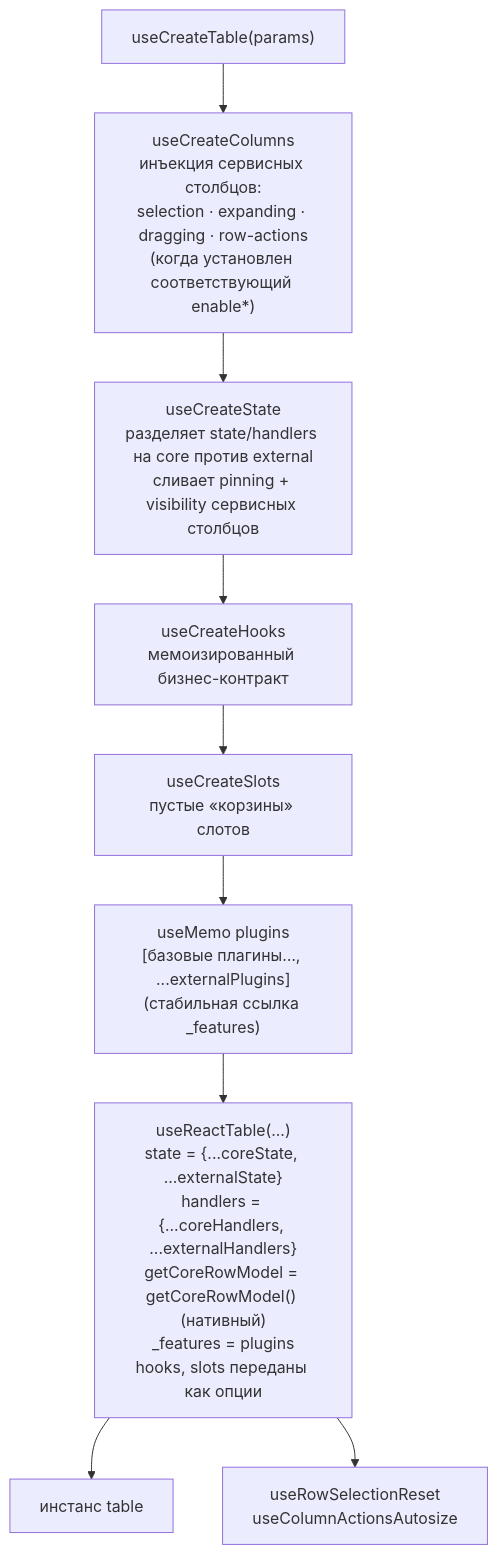
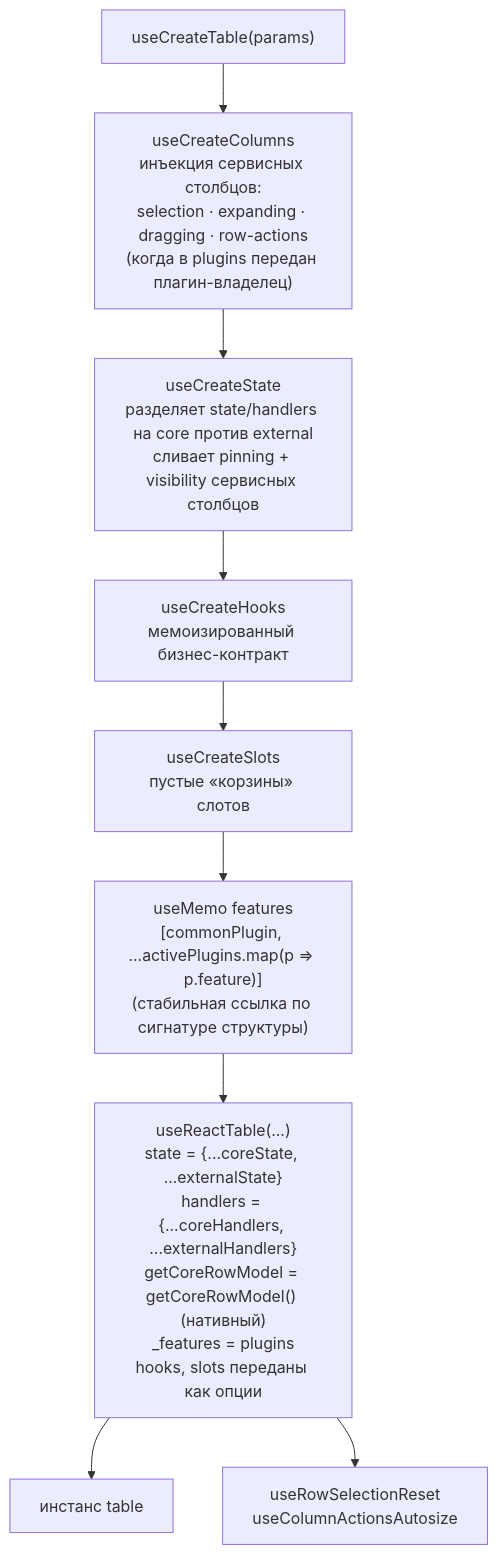
One commit to tessera-grid/tessera changed the first of 2 diagrams in docs/architecture/table-assembly.md. Above: the diagram before and after it, drawn with Mermaid. The commit also changed other lines of this file and 12 other files, not shown here.

````diff
--- a/docs/architecture/table-assembly.md
+++ b/docs/architecture/table-assembly.md
@@ -21,17 +29,17 @@
 ```mermaid
 flowchart TB
     IN["useCreateTable(params)"]
 
-    COLS["useCreateColumns<br/>инъекция сервисных столбцов:<br/>selection · expanding · dragging · row-actions<br/>(когда установлен соответствующий enable*)"]
+    COLS["useCreateColumns<br/>инъекция сервисных столбцов:<br/>selection · expanding · dragging · row-actions<br/>(когда в plugins передан плагин-владелец)"]
     ST["useCreateState<br/>разделяет state/handlers на core против external<br/>сливает pinning + visibility сервисных столбцов"]
     HK["useCreateHooks<br/>мемоизированный бизнес-контракт"]
     SL["useCreateSlots<br/>пустые «корзины» слотов"]
-    PLG["useMemo plugins<br/>[базовые плагины…, ...externalPlugins]<br/>(стабильная ссылка _features)"]
+    PLG["useMemo features<br/>[commonPlugin, ...activePlugins.map(p =&gt; p.feature)]<br/>(стабильная ссылка по сигнатуре структуры)"]
 
     RT["useReactTable(...)<br/>state = {...coreState, ...externalState}<br/>handlers = {...coreHandlers, ...externalHandlers}<br/>getCoreRowModel = getCoreRowModel() (нативный)<br/>_features = plugins<br/>hooks, slots переданы как опции"]
 
     OUT["инстанс table"]
 
     IN --> COLS --> ST --> HK --> SL --> PLG --> RT --> OUT
     RT --> RESET["useRowSelectionReset<br/>useColumnActionsAutosize"]
 ```
````
